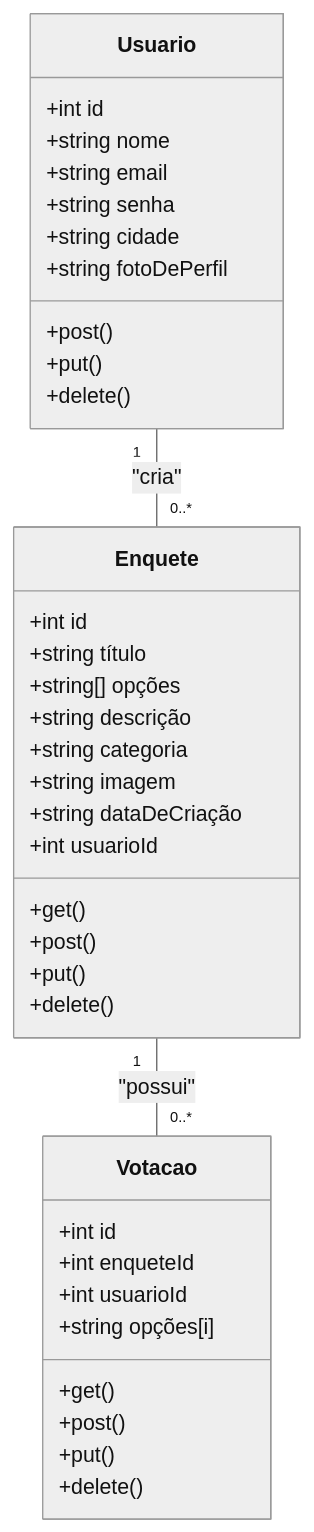
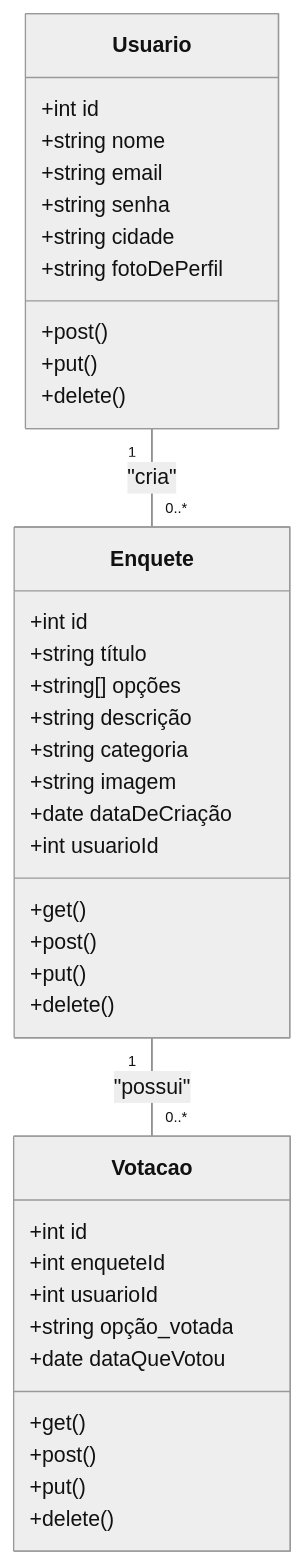
The second of 4 diagrams in README.md (epicestudar/Votefy), drawn with Mermaid (neutral theme) before and after one commit.

````diff
--- a/README.md
+++ b/README.md
@@ -119,44 +119,45 @@
 ```mermaid
 classDiagram
     class Usuario {
         +int id
         +string nome
         +string email
         +string senha
         +string cidade
         +string fotoDePerfil
         +post()
         +put()
         +delete()
     }
 
     class Enquete {
         +int id
         +string título
         +string[] opções
         +string descrição
         +string categoria
         +string imagem
-        +string dataDeCriação
+        +date dataDeCriação
         +int usuarioId
         +get()
         +post()
         +put()
         +delete()
     }
 
     class Votacao {
         +int id
         +int enqueteId
         +int usuarioId
-        +string opções[i]
+        +string opção_votada
+        +date dataQueVotou
         +get()
         +post()
         +put()
         +delete()
     }
 
     Usuario "1" -- "0..*" Enquete : "cria"
     Enquete "1" -- "0..*" Votacao : "possui"
 
 ```
````
